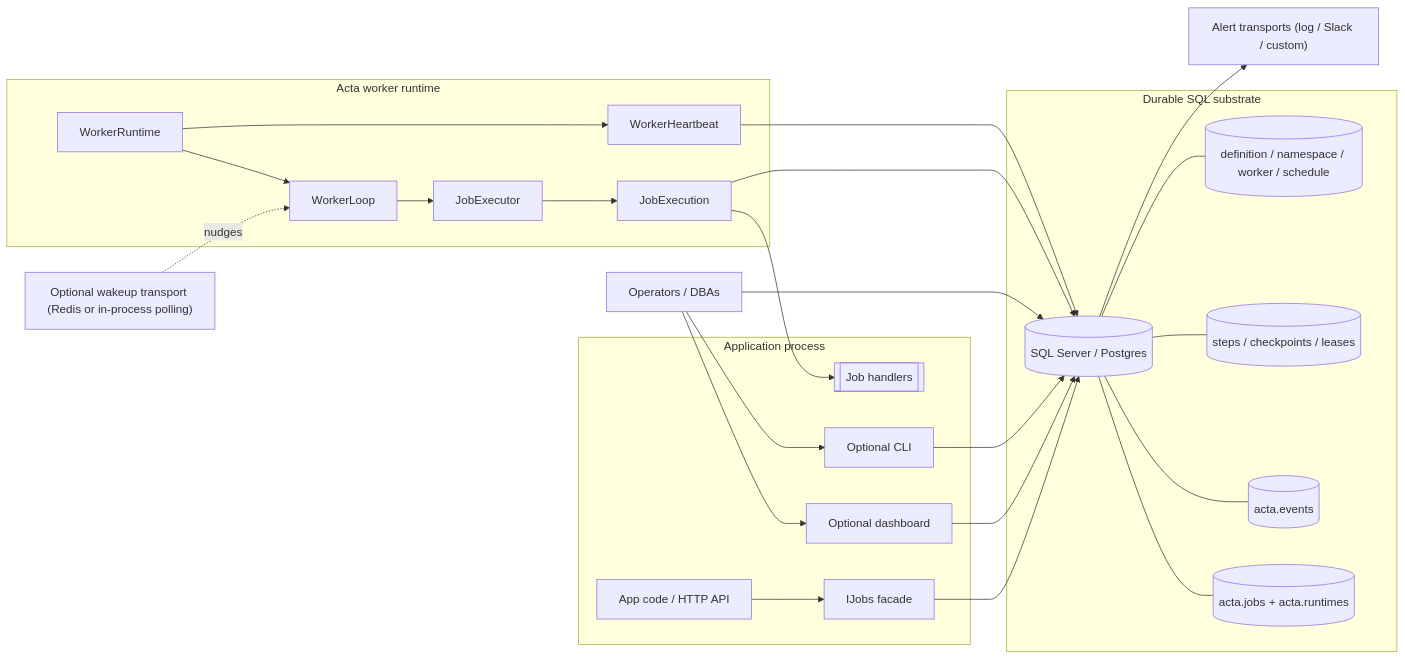
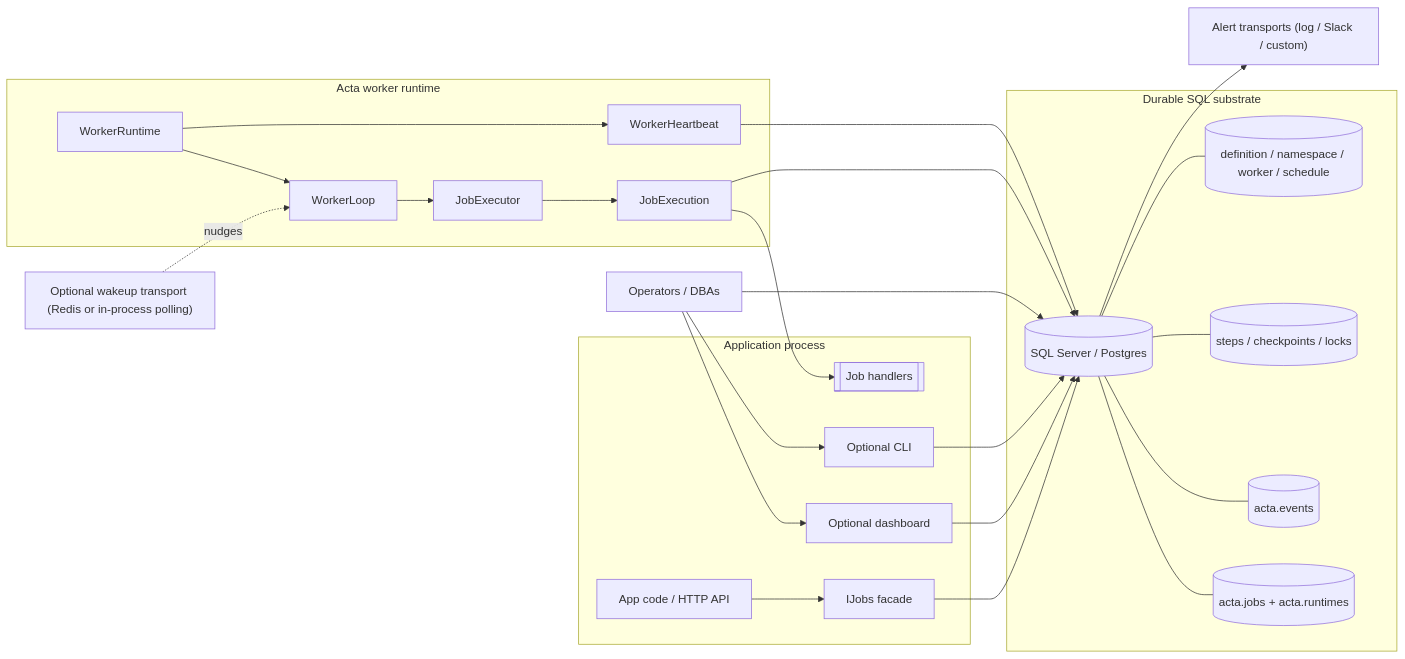
Before and after one commit to acta-dotnet/acta: the first of 6 diagrams in docs/technical/architecture-diagrams.md, drawn with Mermaid. The commit also changed other lines of this file and 24 other files, not shown here.

````diff
--- a/docs/technical/architecture-diagrams.md
+++ b/docs/technical/architecture-diagrams.md
@@ -23,51 +23,51 @@
 ```mermaid
 flowchart LR
     subgraph App[Application process]
         API[App code / HTTP API]
         Jobs[IJobs facade]
         Handlers[[Job handlers]]
         Dashboard[Optional dashboard]
         CLI[Optional CLI]
     end
 
     subgraph Runtime[Acta worker runtime]
         WorkerRuntime[WorkerRuntime]
         WorkerLoop[WorkerLoop]
         WorkerHeartbeat[WorkerHeartbeat]
         JobExecutor[JobExecutor]
         JobExecution[JobExecution]
     end
 
     subgraph Storage[Durable SQL substrate]
         DB[(SQL Server / Postgres)]
         JobTable[(acta.jobs + acta.runtimes)]
         EventTable[(acta.events)]
-        Substrate[(steps / checkpoints / leases)]
+        Substrate[(steps / checkpoints / locks)]
         Catalog[(definition / namespace / worker / schedule)]
     end
 
     Wakeup["Optional wakeup transport (Redis or in-process polling)"]
     Alerts["Alert transports (log / Slack / custom)"]
     Operators[Operators / DBAs]
 
     API --> Jobs
     Jobs --> DB
     WorkerRuntime --> WorkerLoop
     WorkerRuntime --> WorkerHeartbeat
     WorkerLoop --> JobExecutor
     JobExecutor --> JobExecution
     JobExecution --> Handlers
     JobExecution --> DB
     WorkerHeartbeat --> DB
     Wakeup -. nudges .-> WorkerLoop
     Dashboard --> DB
     CLI --> DB
     Operators --> Dashboard
     Operators --> CLI
     Operators --> DB
     DB --- JobTable
     DB --- EventTable
     DB --- Substrate
     DB --- Catalog
     DB --> Alerts
 ```
````
